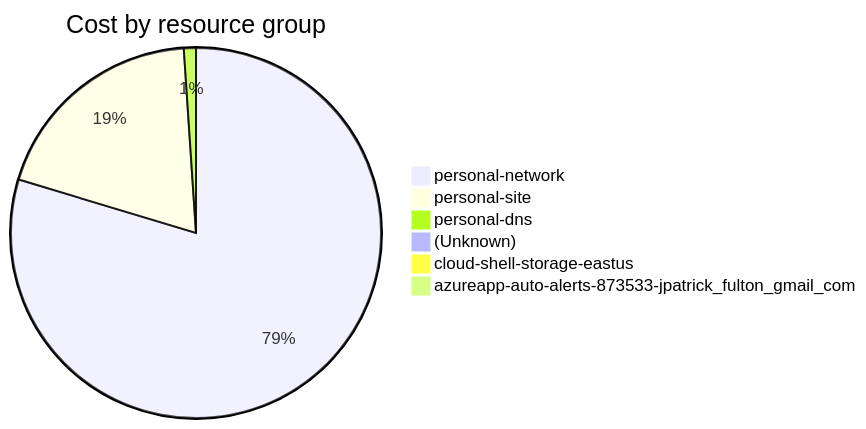
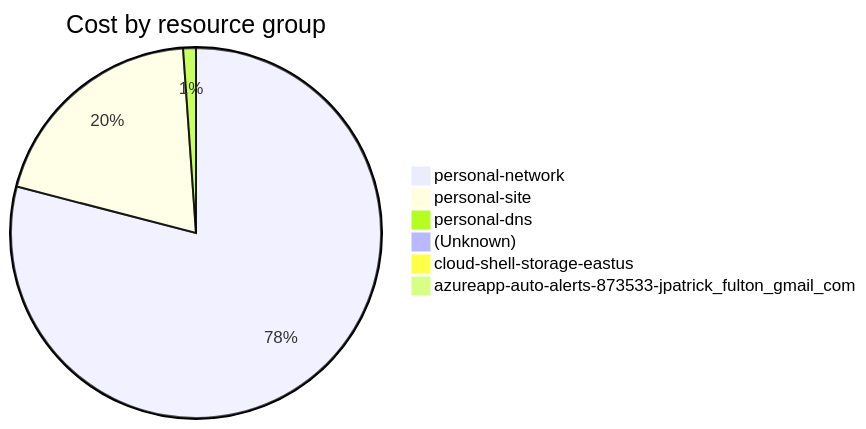
The fourth of 4 diagrams in cost-reports/accumulated-cost.md (jpfulton/azure-personal-reports), drawn with Mermaid before and after one commit. The commit also changed other lines of this file and 4 other files, not shown here.

````diff
--- a/cost-reports/accumulated-cost.md
+++ b/cost-reports/accumulated-cost.md
@@ -154,10 +154,10 @@
 ```mermaid
 pie
    title Cost by resource group
-   "personal-network" : 21.90
-   "personal-site" : 5.30
-   "personal-dns" : 0.29
-   "(Unknown)" : 0.22
-   "cloud-shell-storage-eastus" : 0.09
+   "personal-network" : 23.38
+   "personal-site" : 5.87
+   "personal-dns" : 0.33
+   "(Unknown)" : 0.25
+   "cloud-shell-storage-eastus" : 0.10
    "azureapp-auto-alerts-873533-jpatrick_fulton_gmail_com" : 0.00
 ```
````
